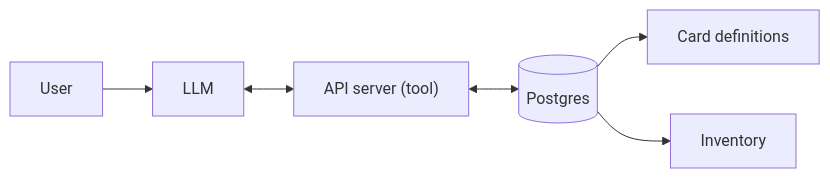
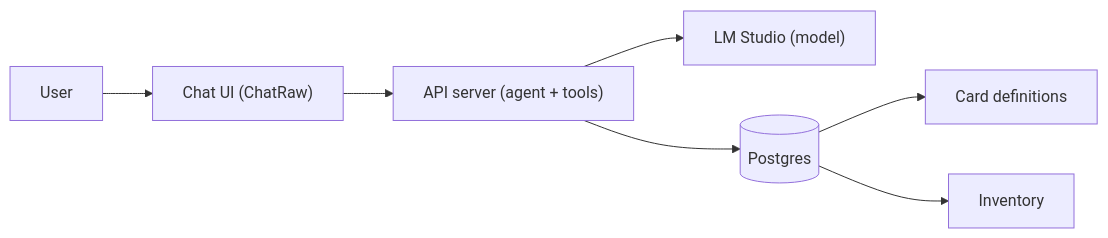
Before and after one commit to mdm373/magic-boto: the diagram in docs/PROJECT-PLAN.md, drawn with Mermaid. The commit also changed other lines of this file and 35 other files, not shown here.

Commit message:
Model queries tool POC

````diff
--- a/docs/PROJECT-PLAN.md
+++ b/docs/PROJECT-PLAN.md
@@ -22,8 +22,9 @@
 ```mermaid
 flowchart LR
-  User --> LLM
-  LLM <--> APIServer["API server (tool)"]
-  APIServer <--> Postgres[(Postgres)]
+  User --> ChatUI["Chat UI (ChatRaw)"]
+  ChatUI --> API["API server (agent + tools)"]
+  API --> LMStudio["LM Studio (model)"]
+  API --> Postgres[(Postgres)]
   Postgres --> CardDefs[Card definitions]
   Postgres --> Inventory[Inventory]
 ```
````
